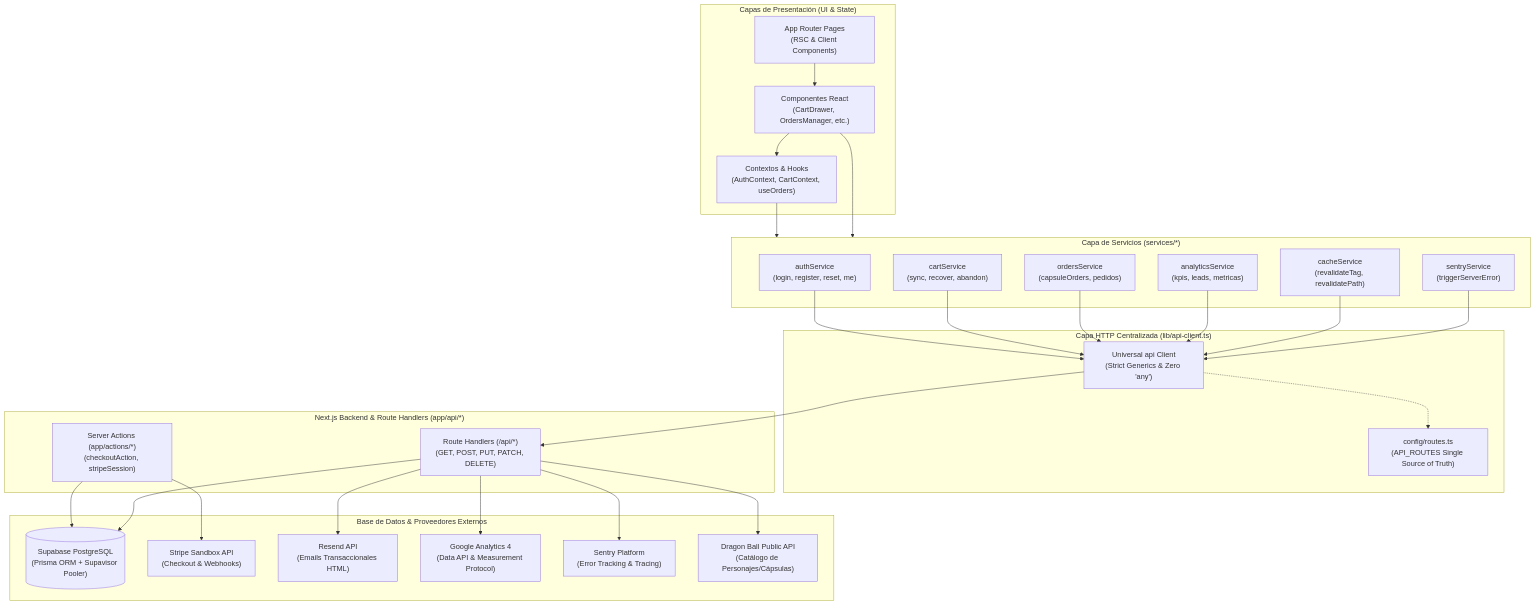
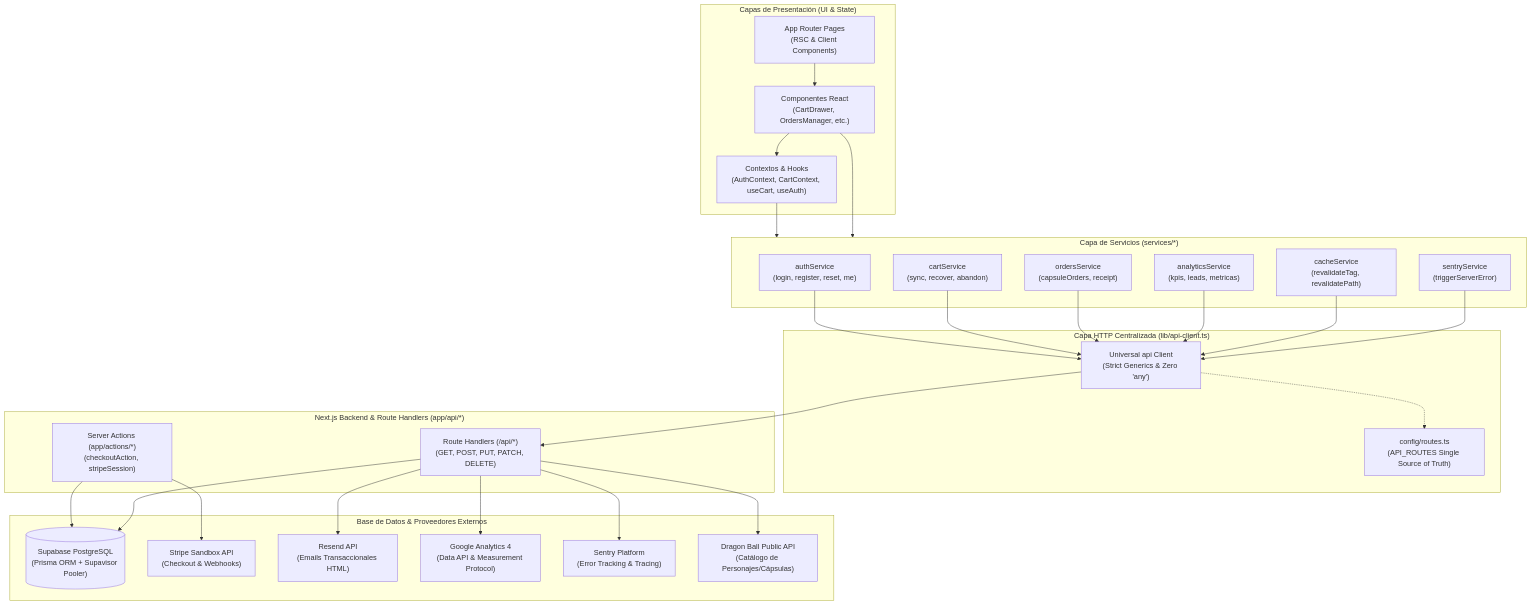
Before and after one commit to LFernando07/ext-e-commerce-fullstack: the diagram in README.md, drawn with Mermaid. The commit also changed other lines of this file and 10 other files, not shown here.

Commit message:
refactor: retirar modulo de pedidos a plazos para enfocar el dashboard 100% en Capsule Corp

````diff
--- a/README.md
+++ b/README.md
@@ -13,59 +13,59 @@
 ```mermaid
 flowchart TD
     subgraph UI_Layer ["Capas de Presentación (UI & State)"]
         Pages["App Router Pages\n(RSC & Client Components)"]
         Components["Componentes React\n(CartDrawer, OrdersManager, etc.)"]
-        Contexts["Contextos & Hooks\n(AuthContext, CartContext, useOrders)"]
+        Contexts["Contextos & Hooks\n(AuthContext, CartContext, useCart, useAuth)"]
     end
 
     subgraph Service_Layer ["Capa de Servicios (services/*)"]
         AuthService["authService\n(login, register, reset, me)"]
         CartService["cartService\n(sync, recover, abandon)"]
-        OrdersService["ordersService\n(capsuleOrders, pedidos)"]
+        OrdersService["ordersService\n(capsuleOrders, receipt)"]
         AnalyticsService["analyticsService\n(kpis, leads, metricas)"]
         CacheService["cacheService\n(revalidateTag, revalidatePath)"]
         SentryService["sentryService\n(triggerServerError)"]
     end
 
     subgraph API_Client_Layer ["Capa HTTP Centralizada (lib/api-client.ts)"]
         ApiClient["Universal api Client\n(Strict Generics & Zero 'any')"]
         RouteDictionary["config/routes.ts\n(API_ROUTES Single Source of Truth)"]
     end
 
     subgraph Backend_Layer ["Next.js Backend & Route Handlers (app/api/*)"]
         ApiRoutes["Route Handlers (/api/*)\n(GET, POST, PUT, PATCH, DELETE)"]
         ServerActions["Server Actions (app/actions/*)\n(checkoutAction, stripeSession)"]
     end
 
     subgraph Data_Services ["Base de Datos & Proveedores Externos"]
         Supabase[("Supabase PostgreSQL\n(Prisma ORM + Supavisor Pooler)")]
         Stripe["Stripe Sandbox API\n(Checkout & Webhooks)"]
         Resend["Resend API\n(Emails Transaccionales HTML)"]
         GA4["Google Analytics 4\n(Data API & Measurement Protocol)"]
         Sentry["Sentry Platform\n(Error Tracking & Tracing)"]
         DBZApi["Dragon Ball Public API\n(Catálogo de Personajes/Cápsulas)"]
     end
 
     Pages --> Components
     Components --> Contexts
     Contexts --> Service_Layer
     Components --> Service_Layer
 
     AuthService --> ApiClient
     CartService --> ApiClient
     OrdersService --> ApiClient
     AnalyticsService --> ApiClient
     CacheService --> ApiClient
     SentryService --> ApiClient
 
     ApiClient -.-> RouteDictionary
     ApiClient --> ApiRoutes
 
     ServerActions --> Supabase
     ServerActions --> Stripe
     ApiRoutes --> Supabase
     ApiRoutes --> Resend
     ApiRoutes --> GA4
     ApiRoutes --> Sentry
     ApiRoutes --> DBZApi
 ```
````
